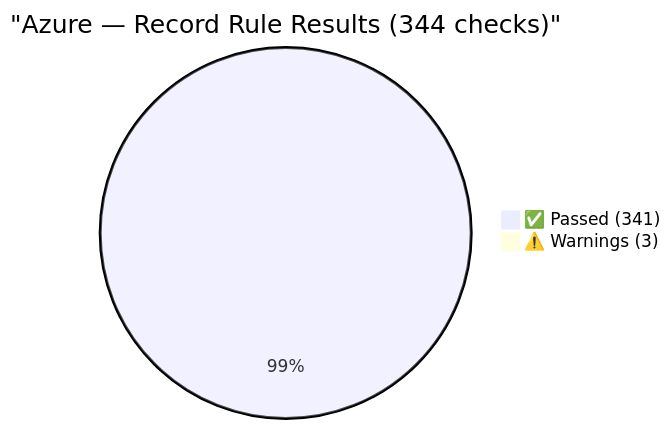
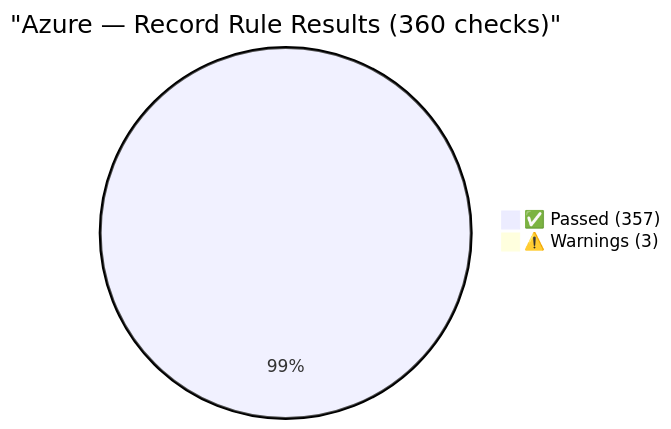
Before and after one commit to Vulnetix/ietf-crit-spec: the fifth of 8 diagrams in tests/reports/crit-test-report.md, drawn with Mermaid. The commit also changed other lines of this file and 19 other files, not shown here.

````diff
--- a/tests/reports/crit-test-report.md
+++ b/tests/reports/crit-test-report.md
@@ -254,5 +258,5 @@
 ```mermaid
-pie title "Azure — Record Rule Results (344 checks)"
-    "✅ Passed (341)" : 341
+pie title "Azure — Record Rule Results (360 checks)"
+    "✅ Passed (357)" : 357
     "⚠️ Warnings (3)" : 3
 ```
````
